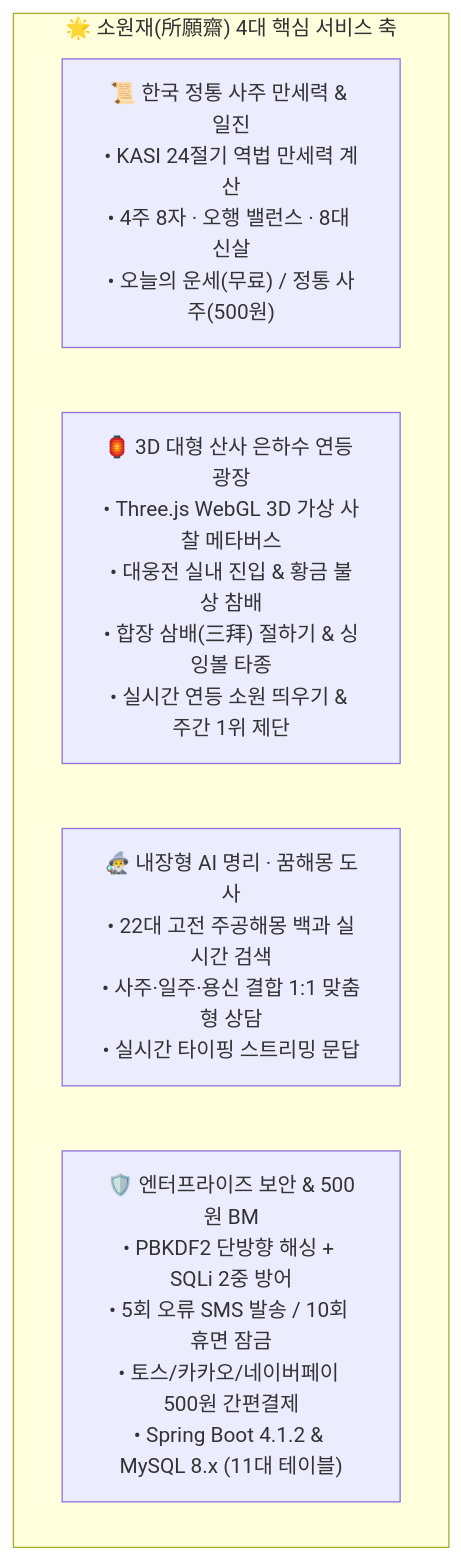
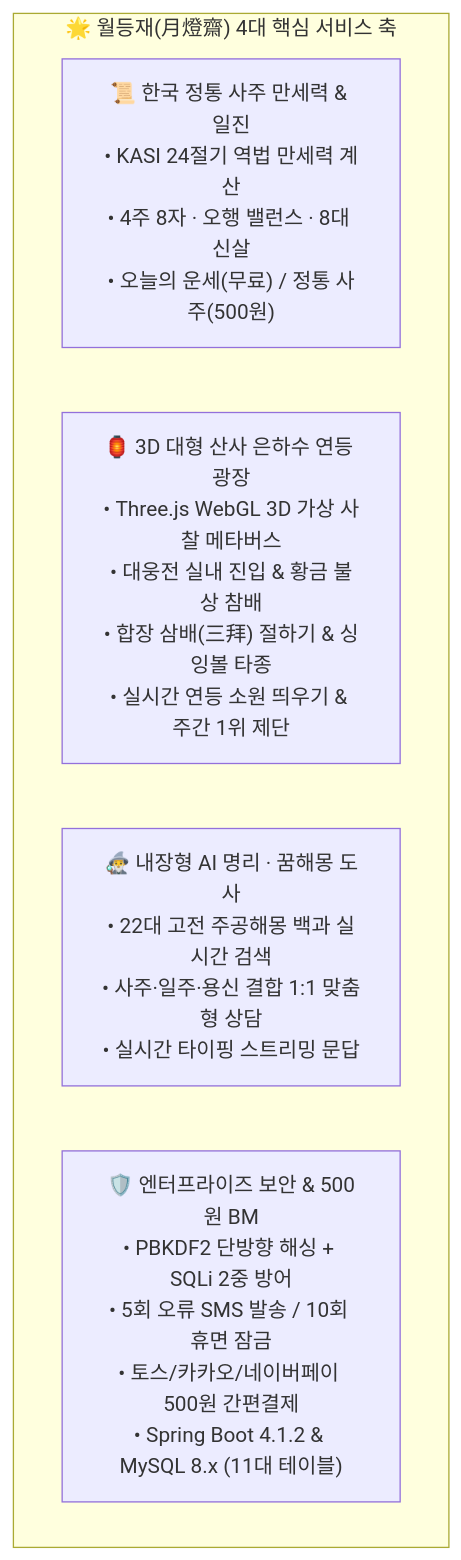
Before and after one commit to minjae0529-blip/Daily-Fortune: the first of 6 diagrams in README.md, drawn with Mermaid. The commit also changed other lines of this file and 13 other files, not shown here.

Commit message:
feat(rebrand): rename service to Woldeungjae (월등재 月燈齋) and update README/render.yaml to woldeungjae.onrender.com

````diff
--- a/README.md
+++ b/README.md
@@ -45,9 +45,9 @@
 ```mermaid
 flowchart TD
-    subgraph Core ["🌟 소원재(所願齋) 4대 핵심 서비스 축"]
+    subgraph Core ["🌟 월등재(月燈齋) 4대 핵심 서비스 축"]
         M1["📜 한국 정통 사주 만세력 & 일진<br/>• KASI 24절기 역법 만세력 계산<br/>• 4주 8자 · 오행 밸런스 · 8대 신살<br/>• 오늘의 운세(무료) / 정통 사주(500원)"]
         M2["🏮 3D 대형 산사 은하수 연등 광장<br/>• Three.js WebGL 3D 가상 사찰 메타버스<br/>• 대웅전 실내 진입 & 황금 불상 참배<br/>• 합장 삼배(三拜) 절하기 & 싱잉볼 타종<br/>• 실시간 연등 소원 띄우기 & 주간 1위 제단"]
         M3["🧙‍♂️ 내장형 AI 명리 · 꿈해몽 도사<br/>• 22대 고전 주공해몽 백과 실시간 검색<br/>• 사주·일주·용신 결합 1:1 맞춤형 상담<br/>• 실시간 타이핑 스트리밍 문답"]
         M4["🛡️ 엔터프라이즈 보안 & 500원 BM<br/>• PBKDF2 단방향 해싱 + SQLi 2중 방어<br/>• 5회 오류 SMS 발송 / 10회 휴면 잠금<br/>• 토스/카카오/네이버페이 500원 간편결제<br/>• Spring Boot 4.1.2 & MySQL 8.x (11대 테이블)"]
     end
 ```
````
